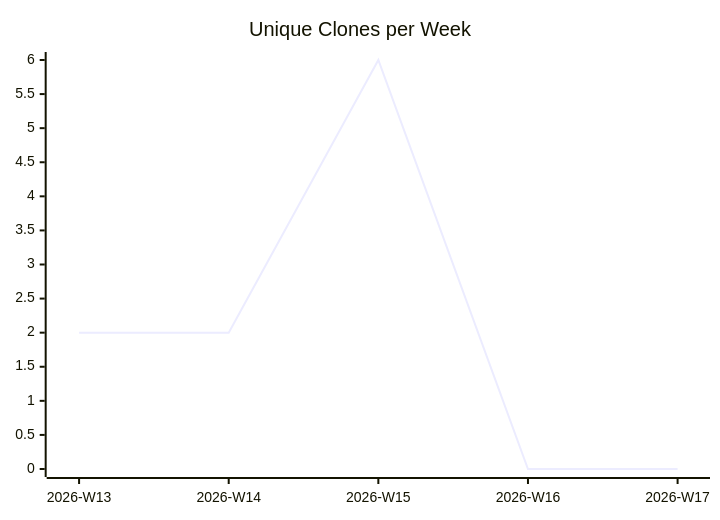
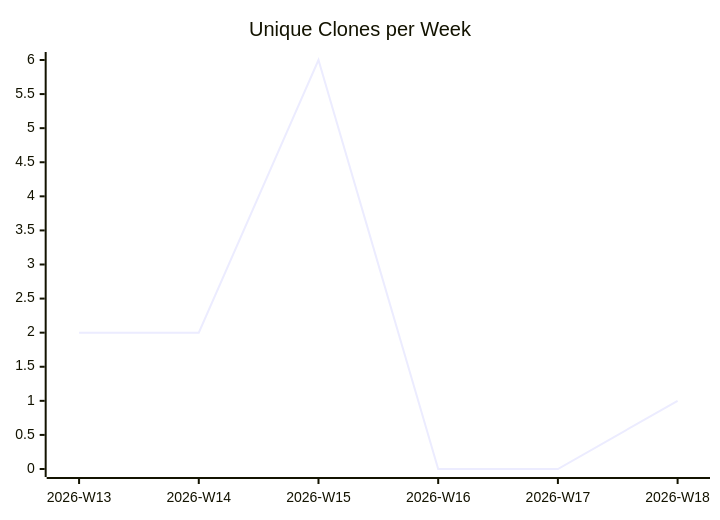
The third of 3 diagrams in karlmdavis/m2e-core-tests/README.md (justdavis-family/github-analytics-data), drawn with Mermaid before and after one commit. The commit also changed other lines of this file and 184 other files, not shown here.

````diff
--- a/karlmdavis/m2e-core-tests/README.md
+++ b/karlmdavis/m2e-core-tests/README.md
@@ -19,6 +19,6 @@
 ```mermaid
 xychart-beta
   title "Unique Clones per Week"
-  x-axis ["2026-W13", "2026-W14", "2026-W15", "2026-W16", "2026-W17"]
-  line [2, 2, 6, 0, 0]
+  x-axis ["2026-W13", "2026-W14", "2026-W15", "2026-W16", "2026-W17", "2026-W18"]
+  line [2, 2, 6, 0, 0, 1]
 ```
````
